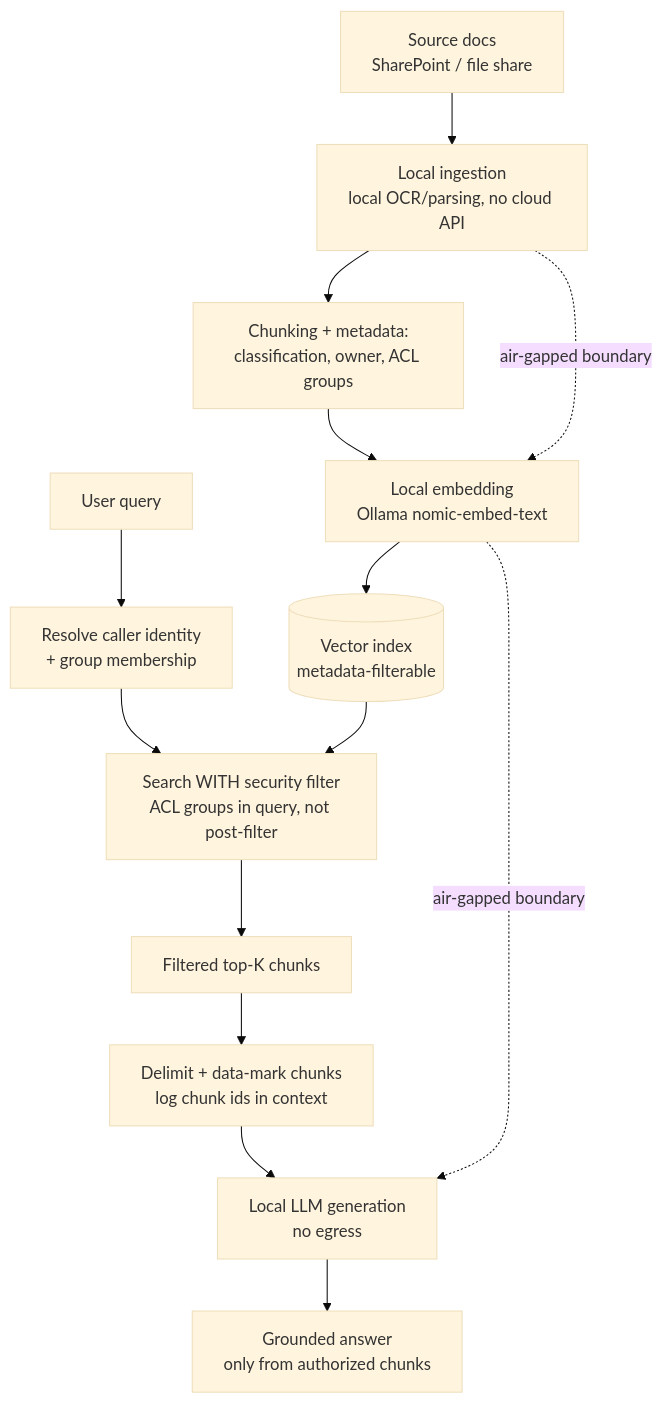
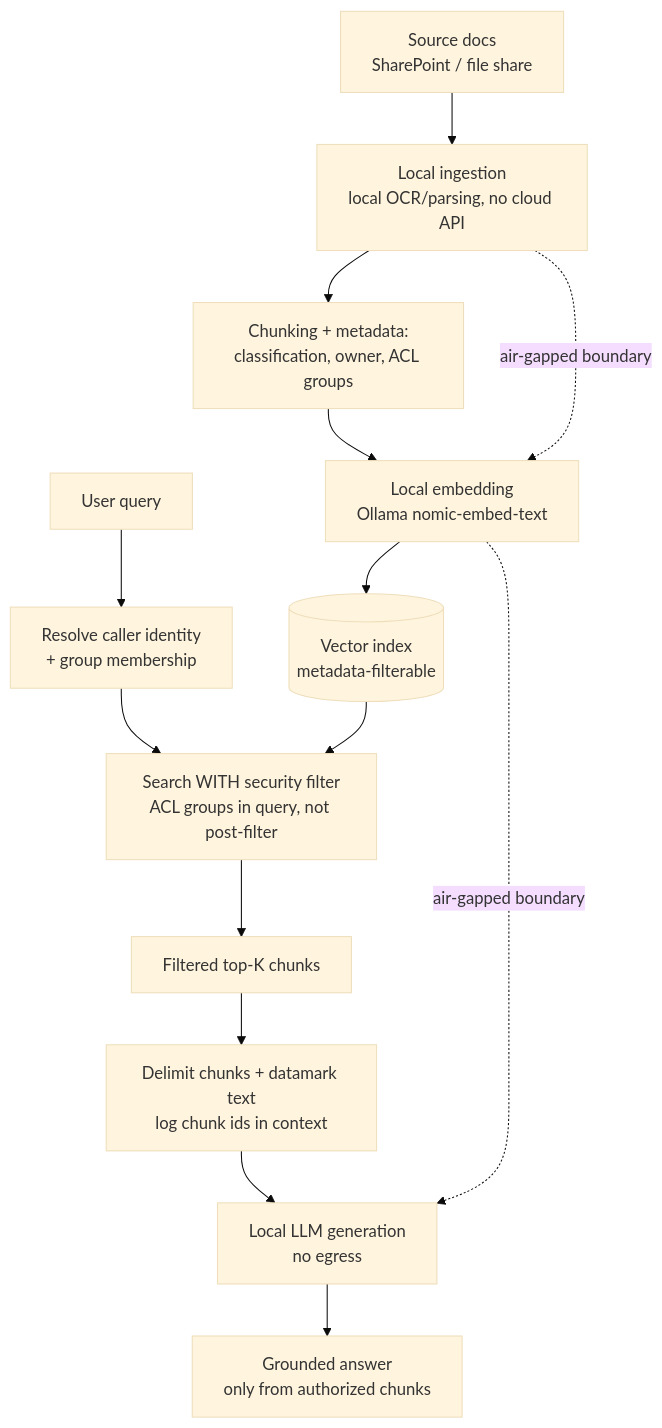
One commit to mohamedmahersaid/Enterprise-AI-and-Intelligent-Systems changed the diagram in docs/ai-tree-applied-systems/ai-branch-rag-knowledge/ai-private-enterprise-rag.md. Above: the diagram before and after it, drawn with Mermaid (base theme). The commit also changed other lines of this file and 7 other files, not shown here.

````diff
--- a/docs/ai-tree-applied-systems/ai-branch-rag-knowledge/ai-private-enterprise-rag.md
+++ b/docs/ai-tree-applied-systems/ai-branch-rag-knowledge/ai-private-enterprise-rag.md
@@ -33,16 +33,16 @@
 ```mermaid
 flowchart TD
     A[Source docs\nSharePoint / file share] --> B[Local ingestion\nlocal OCR/parsing, no cloud API]
     B --> C[Chunking + metadata:\nclassification, owner, ACL groups]
     C --> D[Local embedding\nOllama nomic-embed-text]
     D --> E[(Vector index\nmetadata-filterable)]
     F[User query] --> G[Resolve caller identity\n+ group membership]
     G --> H[Search WITH security filter\nACL groups in query, not post-filter]
     E --> H
     H --> I[Filtered top-K chunks]
-    I --> S[Delimit + data-mark chunks\nlog chunk ids in context]
+    I --> S[Delimit chunks + datamark text\nlog chunk ids in context]
     S --> J[Local LLM generation\nno egress]
     J --> K[Grounded answer\nonly from authorized chunks]
     B -.air-gapped boundary.-> D
     D -.air-gapped boundary.-> J
 ```
````
